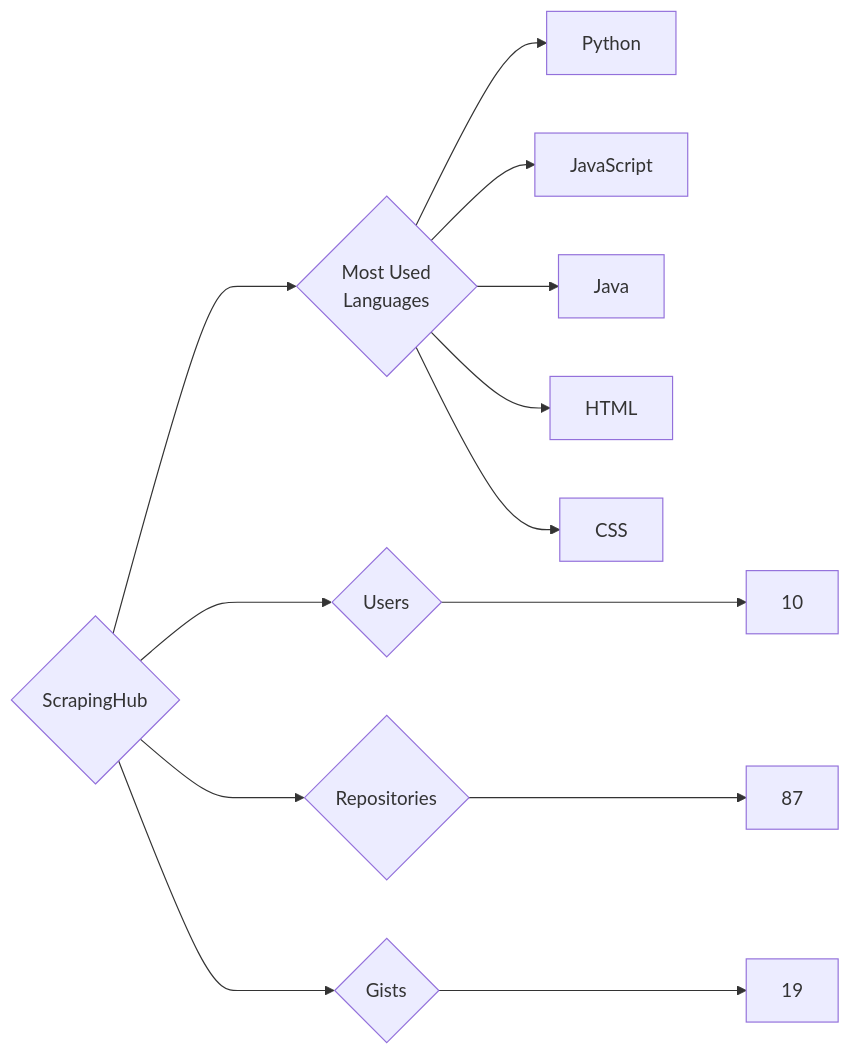
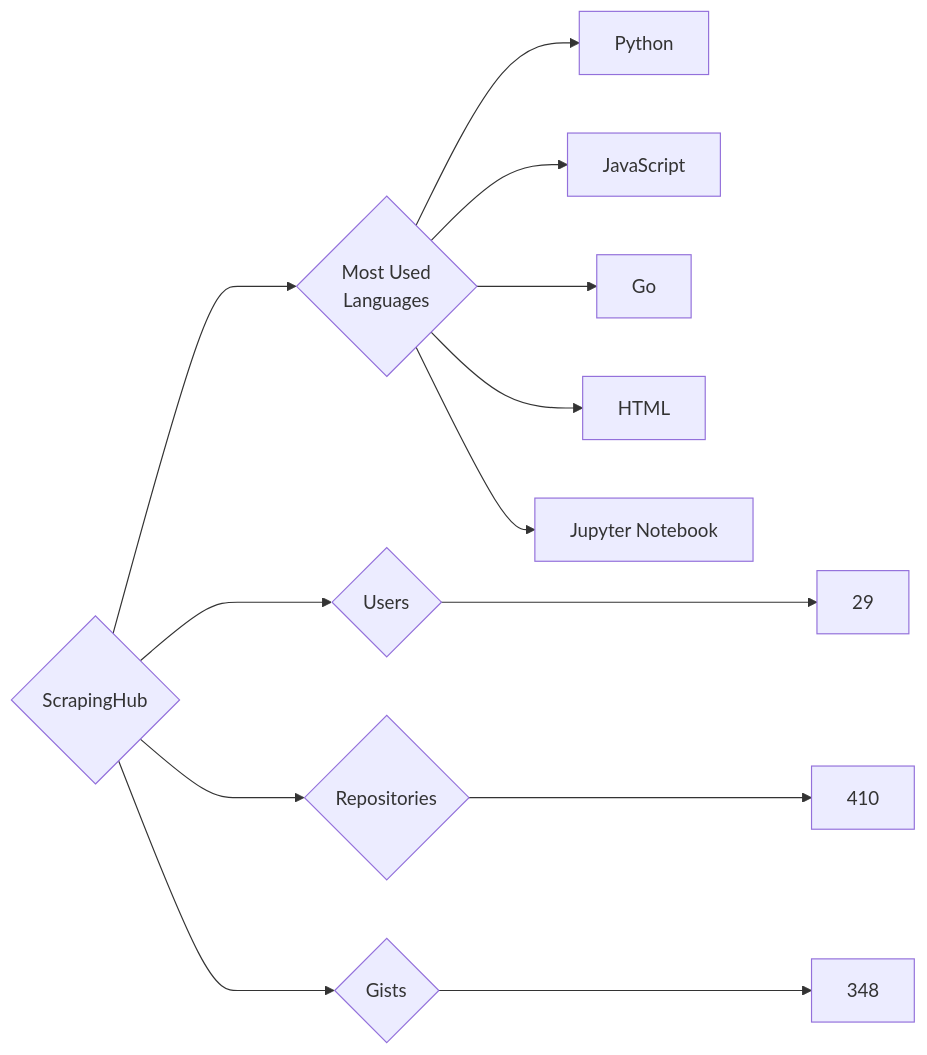
Before and after one commit to trickest/insiders: the diagram in targets/ScrapingHub/README.md, drawn with Mermaid. The commit also changed 877 other files, not shown here.

````diff
--- a/targets/ScrapingHub/README.md
+++ b/targets/ScrapingHub/README.md
@@ -3,13 +3,13 @@
 ```mermaid
 graph LR
 COMPANY_NAME{ScrapingHub}
-COMPANY_NAME ---> U{Users} ---> UN[10]
-COMPANY_NAME ---> R{Repositories} ---> RN[87]
-COMPANY_NAME ---> G{Gists} ---> GN[19]
+COMPANY_NAME ---> U{Users} ---> UN[29]
+COMPANY_NAME ---> R{Repositories} ---> RN[410]
+COMPANY_NAME ---> G{Gists} ---> GN[348]
 COMPANY_NAME ---> ML{Most Used<br>Languages}
 ML --> Python[Python]
 ML --> JavaScript[JavaScript]
-ML --> Java[Java]
+ML --> Go[Go]
 ML --> HTML[HTML]
-ML --> CSS[CSS]
+ML --> Jupyter_Notebook[Jupyter Notebook]
 ```
````
